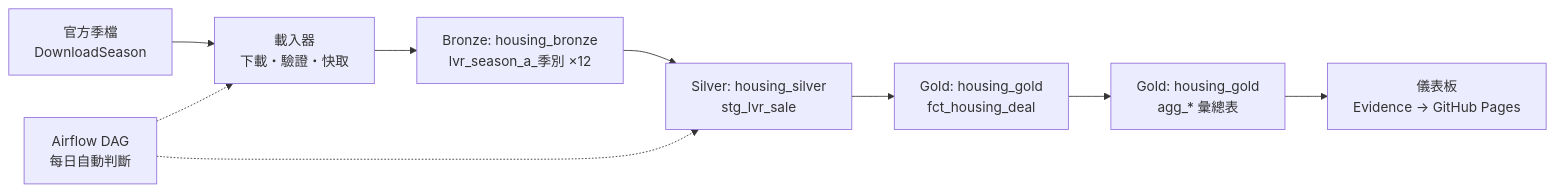
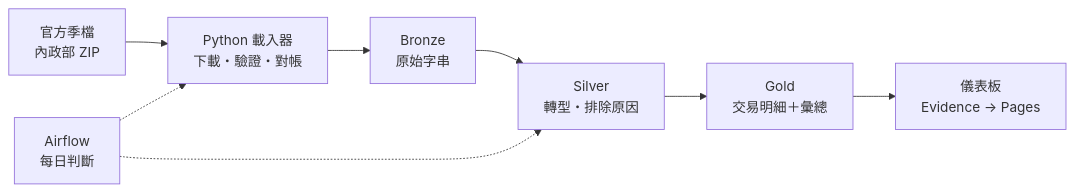
One commit to chengpeter88/taiwan-housing-pipeline changed the diagram in README.md. Above: the diagram before and after it, drawn with Mermaid. The commit also changed other lines of this file and 4 other files, not shown here.

````diff
--- a/README.md
+++ b/README.md
@@ -11,11 +24,10 @@
 ```mermaid
 flowchart LR
-    A[官方季檔<br>DownloadSeason] --> B[載入器<br>下載・驗證・快取]
-    B --> C[Bronze: housing_bronze<br>lvr_season_a_季別 ×12]
-    C --> D[Silver: housing_silver<br>stg_lvr_sale]
-    D --> E[Gold: housing_gold<br>fct_housing_deal]
-    E --> F[Gold: housing_gold<br>agg_* 彙總表]
-    F --> H[儀表板<br>Evidence → GitHub Pages]
-    G[Airflow DAG<br>每日自動判斷] -.-> B
+    A[官方季檔<br>內政部 ZIP] --> B[Python 載入器<br>下載・驗證・對帳]
+    B --> C[Bronze<br>原始字串]
+    C --> D[Silver<br>轉型・排除原因]
+    D --> E[Gold<br>交易明細＋彙總]
+    E --> F[儀表板<br>Evidence → Pages]
+    G[Airflow<br>每日判斷] -.-> B
     G -.-> D
 ```
````
